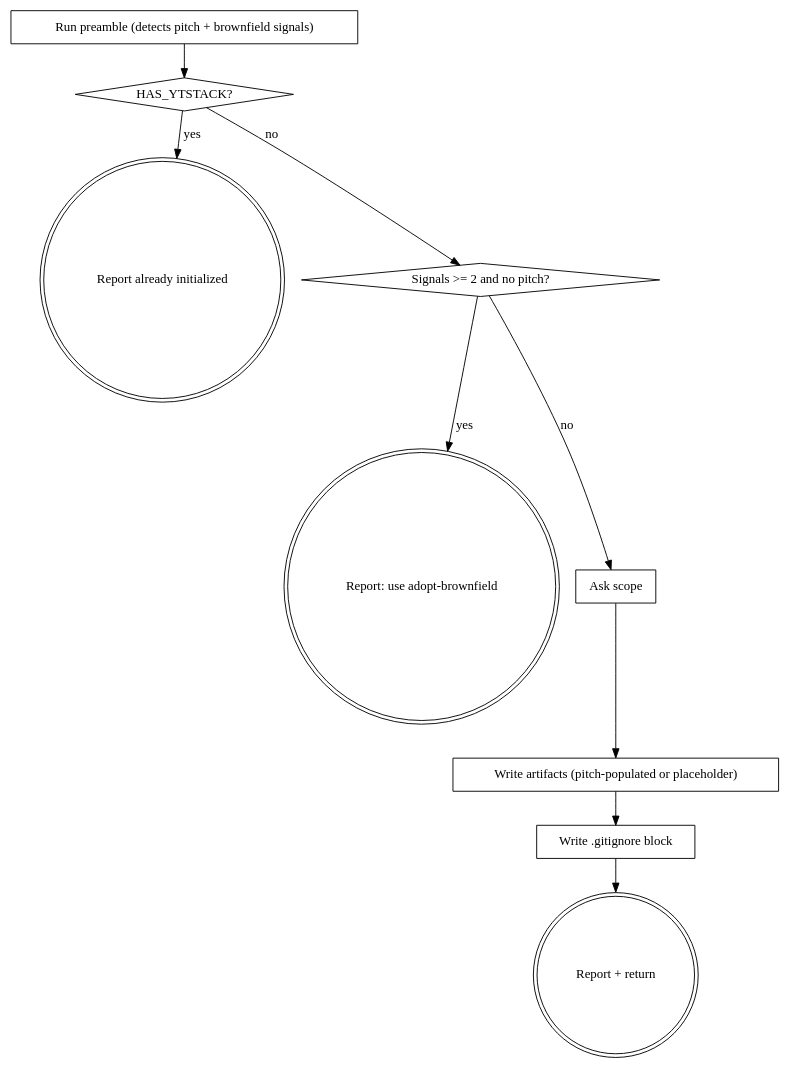
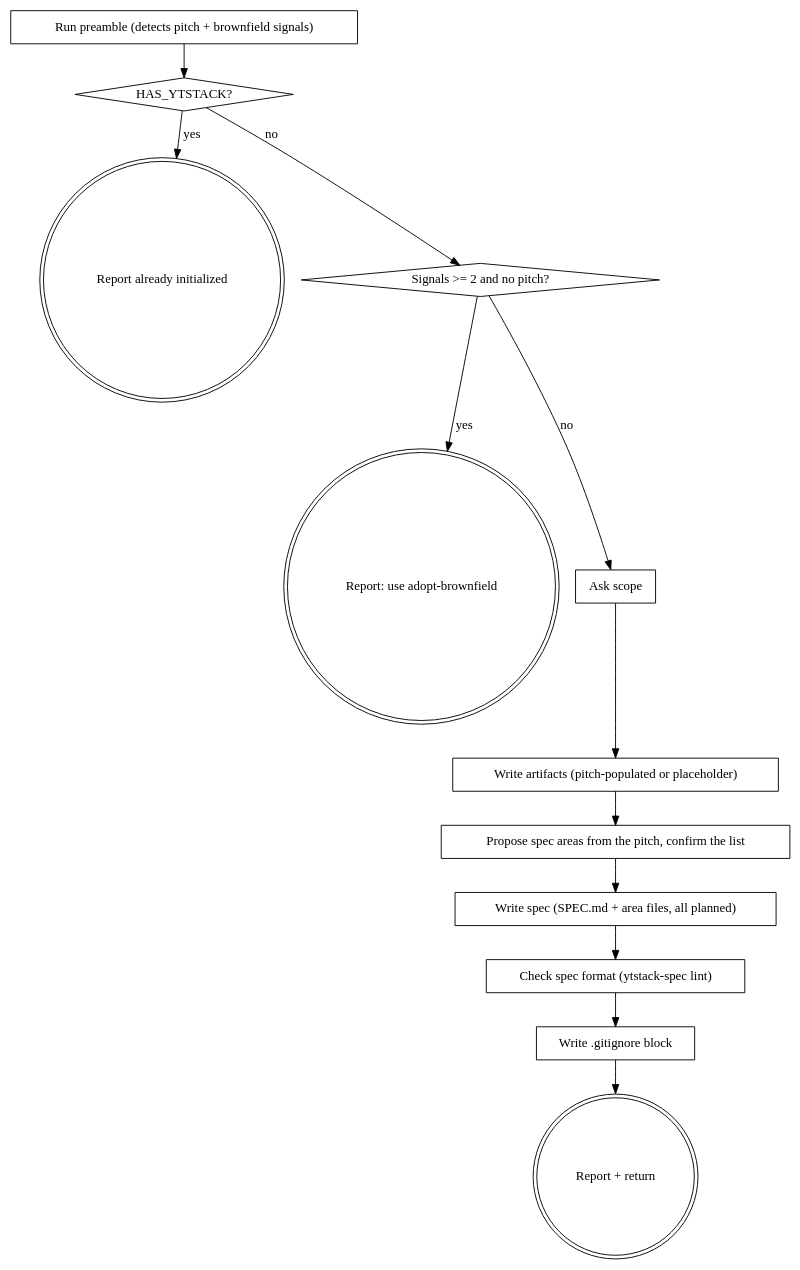
One commit to Yesterday-AI/ytstack changed the diagram in skills/init-project/SKILL.md. Above: the diagram before and after it, drawn with Graphviz. The commit also changed other lines of this file and 7 other files, not shown here.

````diff
--- a/skills/init-project/SKILL.md
+++ b/skills/init-project/SKILL.md
@@ -52,22 +58,28 @@
 ```dot
 digraph init_project {
     "Run preamble (detects pitch + brownfield signals)" [shape=box];
     "HAS_YTSTACK?" [shape=diamond];
     "Report already initialized" [shape=doublecircle];
     "Signals >= 2 and no pitch?" [shape=diamond];
     "Report: use adopt-brownfield" [shape=doublecircle];
     "Ask scope" [shape=box];
     "Write artifacts (pitch-populated or placeholder)" [shape=box];
+    "Propose spec areas from the pitch, confirm the list" [shape=box];
+    "Write spec (SPEC.md + area files, all planned)" [shape=box];
+    "Check spec format (ytstack-spec lint)" [shape=box];
     "Write .gitignore block" [shape=box];
     "Report + return" [shape=doublecircle];
 
     "Run preamble (detects pitch + brownfield signals)" -> "HAS_YTSTACK?";
     "HAS_YTSTACK?" -> "Report already initialized" [label="yes"];
     "HAS_YTSTACK?" -> "Signals >= 2 and no pitch?" [label="no"];
     "Signals >= 2 and no pitch?" -> "Report: use adopt-brownfield" [label="yes"];
     "Signals >= 2 and no pitch?" -> "Ask scope" [label="no"];
     "Ask scope" -> "Write artifacts (pitch-populated or placeholder)";
-    "Write artifacts (pitch-populated or placeholder)" -> "Write .gitignore block";
+    "Write artifacts (pitch-populated or placeholder)" -> "Propose spec areas from the pitch, confirm the list";
+    "Propose spec areas from the pitch, confirm the list" -> "Write spec (SPEC.md + area files, all planned)";
+    "Write spec (SPEC.md + area files, all planned)" -> "Check spec format (ytstack-spec lint)";
+    "Check spec format (ytstack-spec lint)" -> "Write .gitignore block";
     "Write .gitignore block" -> "Report + return";
 }
 ```
````
